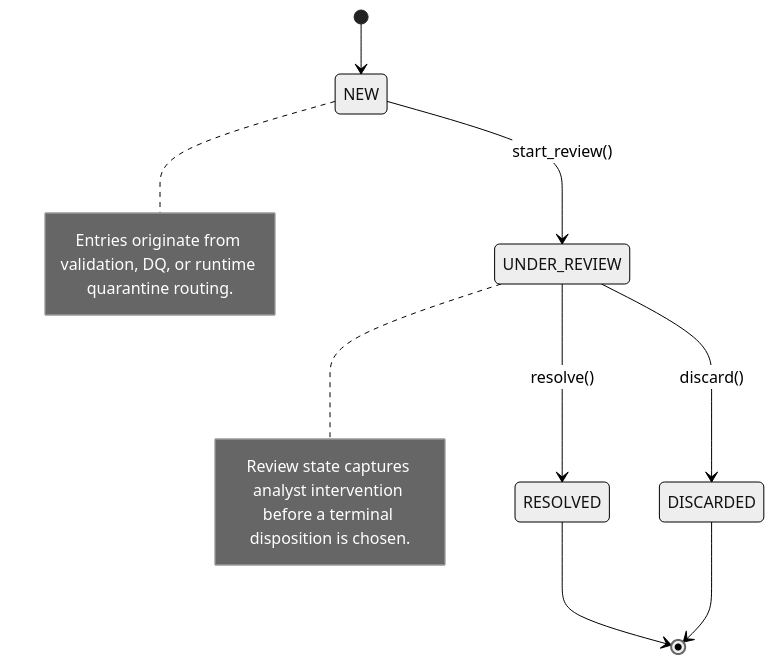
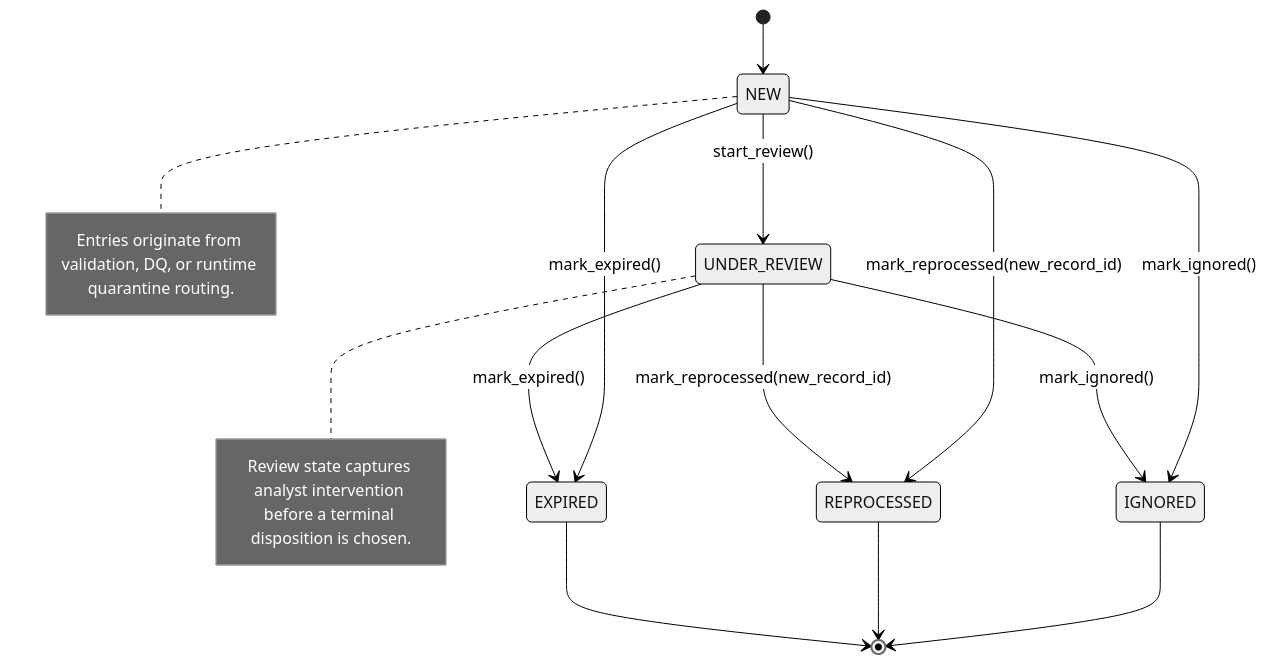
One commit to SatoryKono/BioactivityDataAcquisition changed the diagram in docs/02-architecture/diagrams/architecture/36-quarantine-entry-review-resolution-and-discard-flow.mmd. Above: the diagram before and after it, drawn with Mermaid. The commit also changed 53 other files, not shown here.

```diff
--- a/docs/02-architecture/diagrams/architecture/36-quarantine-entry-review-resolution-and-discard-flow.mmd
+++ b/docs/02-architecture/diagrams/architecture/36-quarantine-entry-review-resolution-and-discard-flow.mmd
@@ -1,34 +1,27 @@
 %%{init: {'theme': 'neutral', 'themeVariables': {'fontFamily': 'Inter, system-ui', 'lineWidth': '2'}}}%%
-%% Title: Quarantine Entry Review Resolution And Discard Flow
-%% @version 1.0.0
-%% @date    2026-05-12
+%% Title: Quarantine Entry Review And Resolution Flow
+%% @version 1.1.0
+%% @date    2026-07-06
 %% @type    stateDiagram
 %% @level   Domain / Aggregate
 %% RULES: RULES.md §2.3, ADR-021
 stateDiagram-v2
     [*] --> NEW
     NEW --> UNDER_REVIEW: start_review()
-    UNDER_REVIEW --> RESOLVED: resolve()
-    UNDER_REVIEW --> DISCARDED: discard()
-    RESOLVED --> [*]
-    DISCARDED --> [*]
+    NEW --> IGNORED: mark_ignored()
+    NEW --> REPROCESSED: mark_reprocessed(new_record_id)
+    NEW --> EXPIRED: mark_expired()
+    UNDER_REVIEW --> IGNORED: mark_ignored()
+    UNDER_REVIEW --> REPROCESSED: mark_reprocessed(new_record_id)
+    UNDER_REVIEW --> EXPIRED: mark_expired()
+    IGNORED --> [*]
+    REPROCESSED --> [*]
+    EXPIRED --> [*]
 
     note right of NEW
       Entries originate from validation, DQ, or runtime quarantine routing.
     end note
 
     note right of UNDER_REVIEW
       Review state captures analyst intervention before a terminal disposition is chosen.
     end note
-%% padding line for readability and stable render budget
-%% padding line for readability and stable render budget
-%% padding line for readability and stable render budget
-%% padding line for readability and stable render budget
-%% padding line for readability and stable render budget
-%% padding line for readability and stable render budget
-%% padding line for readability and stable render budget
-%% padding line for readability and stable render budget
-%% padding line for readability and stable render budget
-%% padding line for readability and stable render budget
-%% padding line for readability and stable render budget
-%% padding line for readability and stable render budget
```
